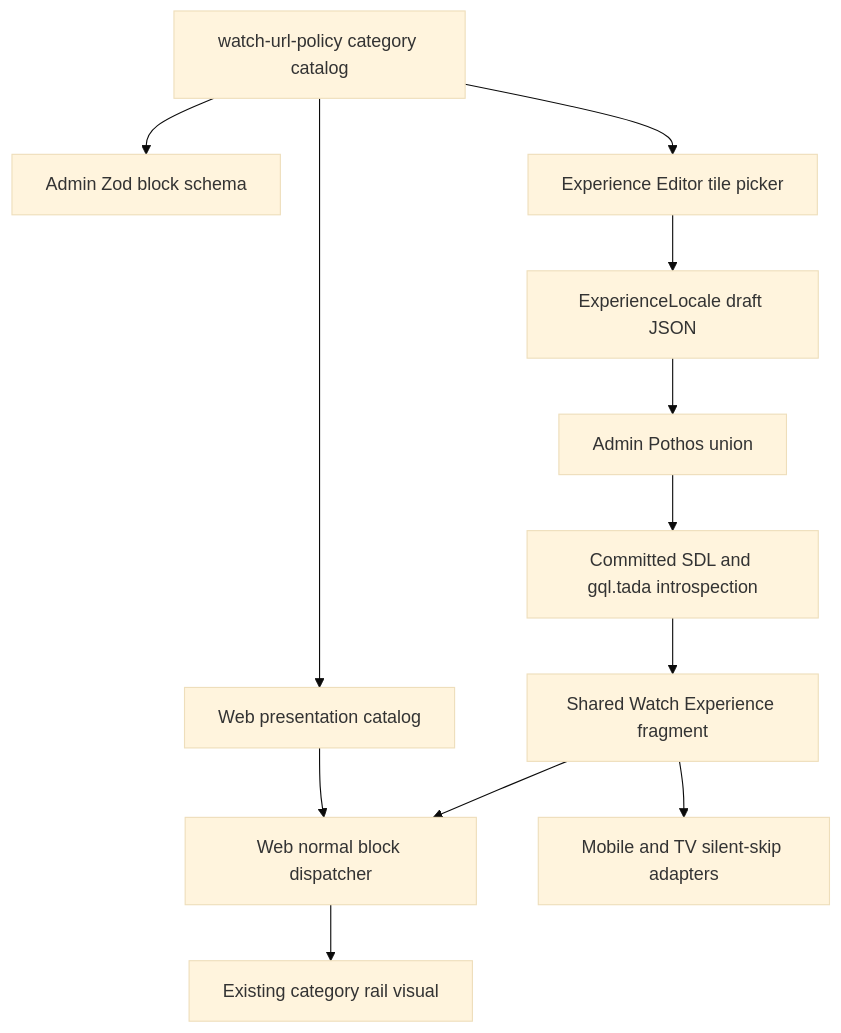
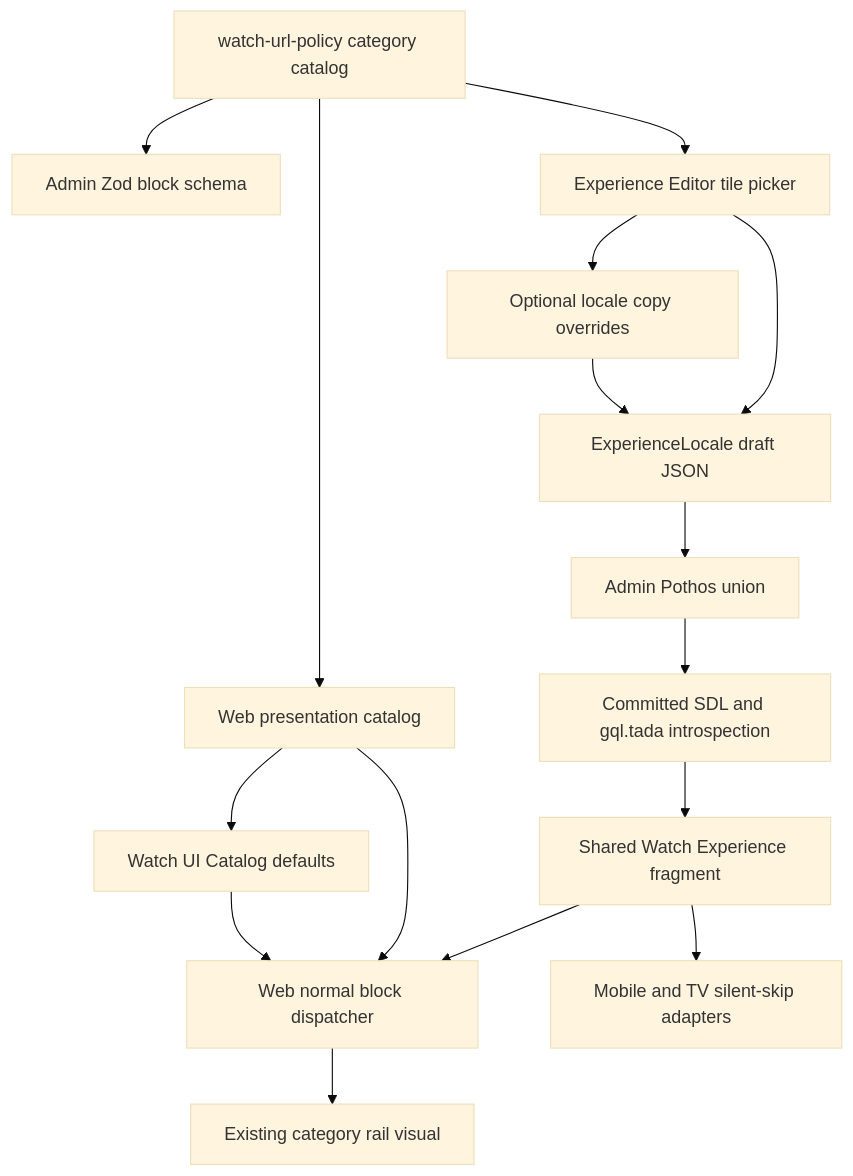
The first of 2 diagrams in docs/plans/2026-08-26-1827-feat-watch-category-rail-block-plan.md (JesusFilm/forge), drawn with Mermaid (base theme) before and after one commit. The commit also changed other lines of this file, not shown here.

Commit message:
docs(plan): define editable category rail copy

````diff
--- a/docs/plans/2026-08-26-1827-feat-watch-category-rail-block-plan.md
+++ b/docs/plans/2026-08-26-1827-feat-watch-category-rail-block-plan.md
@@ -148,14 +164,18 @@
 ```mermaid
 flowchart TB
   Catalog[watch-url-policy category catalog] --> AdminSchema[Admin Zod block schema]
   Catalog --> AdminEditor[Experience Editor tile picker]
+  AdminEditor --> CopyOverrides[Optional locale copy overrides]
   Catalog --> WebCatalog[Web presentation catalog]
   AdminEditor --> Draft[ExperienceLocale draft JSON]
+  CopyOverrides --> Draft
   Draft --> Pothos[Admin Pothos union]
   Pothos --> SDL[Committed SDL and gql.tada introspection]
   SDL --> SharedFragment[Shared Watch Experience fragment]
   SharedFragment --> WebDispatch[Web normal block dispatcher]
   SharedFragment --> NativeAdapters[Mobile and TV silent-skip adapters]
   WebCatalog --> WebDispatch
+  WebCatalog --> LocalizedDefaults[Watch UI Catalog defaults]
+  LocalizedDefaults --> WebDispatch
   WebDispatch --> Rail[Existing category rail visual]
 ```
````
